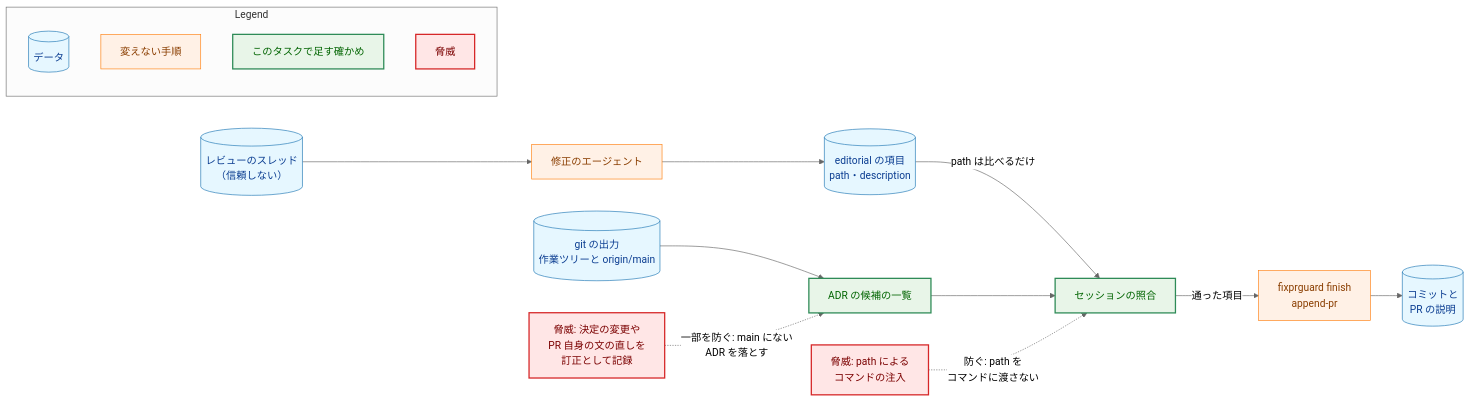
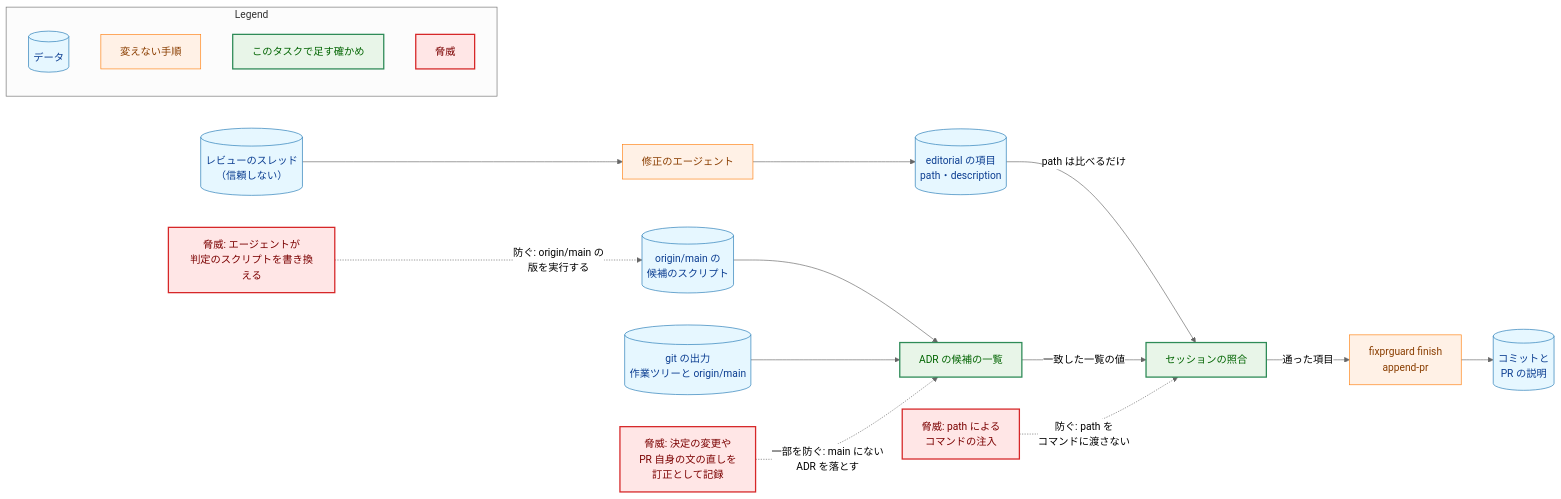
One commit to isseis/yt2column changed the third of 5 diagrams in docs/tasks/0074_adr_editorial_correction/02_architecture.md. Above: the diagram before and after it, drawn with Mermaid (neutral theme). The commit also changed other lines of this file, not shown here.

First line of the commit message:
docs(0074): address the architecture review findings

````diff
--- a/docs/tasks/0074_adr_editorial_correction/02_architecture.md
+++ b/docs/tasks/0074_adr_editorial_correction/02_architecture.md
@@ -417,42 +504,46 @@
 ```mermaid
 flowchart LR
     classDef data fill:#e6f7ff,stroke:#1f77b4,stroke-width:1px,color:#0b3d91;
     classDef process fill:#fff1e6,stroke:#ff7f0e,stroke-width:1px,color:#8a3e00;
     classDef enhanced fill:#e8f5e8,stroke:#2e8b57,stroke-width:2px,color:#006400;
     classDef problem fill:#ffe6e6,stroke:#d62728,stroke-width:2px,color:#7b0000;
 
     THR[("レビューのスレッド<br>（信頼しない）")]
     FA["修正のエージェント"]
     ITEM[("editorial の項目<br>path・description")]
+    SCRM[("origin/main の<br>候補のスクリプト")]
     GIT[("git の出力<br>作業ツリーと origin/main")]
     LIST["ADR の候補の一覧"]
     CMP["セッションの照合"]
     FIN["fixprguard finish<br>append-pr"]
     PR[("コミットと<br>PR の説明")]
     T1["脅威: path による<br>コマンドの注入"]
     T2["脅威: 決定の変更や<br>PR 自身の文の直しを<br>訂正として記録"]
+    T3["脅威: エージェントが<br>判定のスクリプトを書き換える"]
 
     THR --> FA --> ITEM
+    SCRM --> LIST
     GIT --> LIST
     ITEM -->|"path は比べるだけ"| CMP
-    LIST --> CMP
+    LIST -->|"一致した一覧の値"| CMP
     CMP -->|"通った項目"| FIN --> PR
     T1 -.->|"防ぐ: path を<br>コマンドに渡さない"| CMP
     T2 -.->|"一部を防ぐ: main にない<br>ADR を落とす"| LIST
+    T3 -.->|"防ぐ: origin/main の<br>版を実行する"| SCRM
 
-    class THR,ITEM,GIT,PR data
+    class THR,ITEM,GIT,PR,SCRM data
     class FA,FIN process
     class LIST,CMP enhanced
-    class T1,T2 problem
+    class T1,T2,T3 problem
 
     subgraph Legend["Legend"]
         L1[("データ")]
         L2["変えない手順"]
         L3["このタスクで足す確かめ"]
         L4["脅威"]
     end
     class L1 data
     class L2 process
     class L3 enhanced
     class L4 problem
 ```
````
